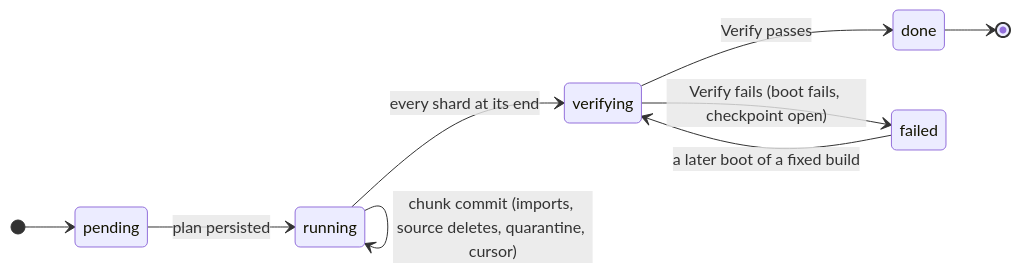
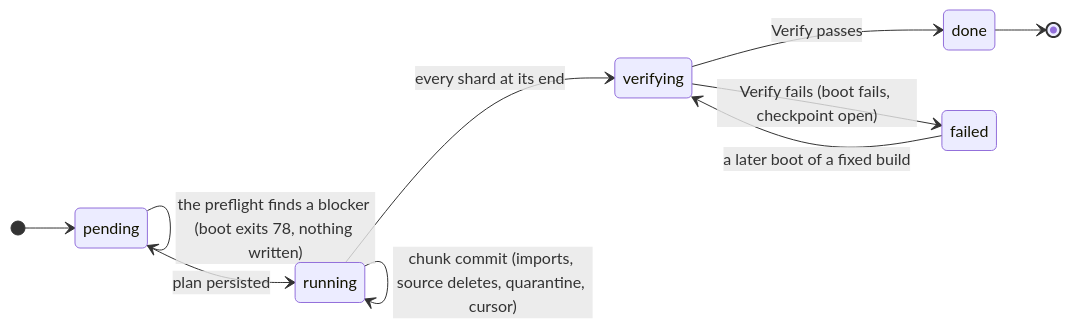
The fourth of 4 diagrams in docs/specs/platform-core/05-storage.md (falkcorp/audiobook-organizer), drawn with Mermaid before and after one commit. The commit also changed other lines of this file, not shown here.

````diff
--- a/docs/specs/platform-core/05-storage.md
+++ b/docs/specs/platform-core/05-storage.md
@@ -1881,12 +2065,13 @@
 ```mermaid
 stateDiagram-v2
     direction LR
     [*] --> pending
+    pending --> pending: the preflight finds a blocker (boot exits 78, nothing written)
     pending --> running: plan persisted
     running --> running: chunk commit (imports, source deletes, quarantine, cursor)
     running --> verifying: every shard at its end
     verifying --> done: Verify passes
     verifying --> failed: Verify fails (boot fails, checkpoint open)
     failed --> verifying: a later boot of a fixed build
     done --> [*]
 ```
````
